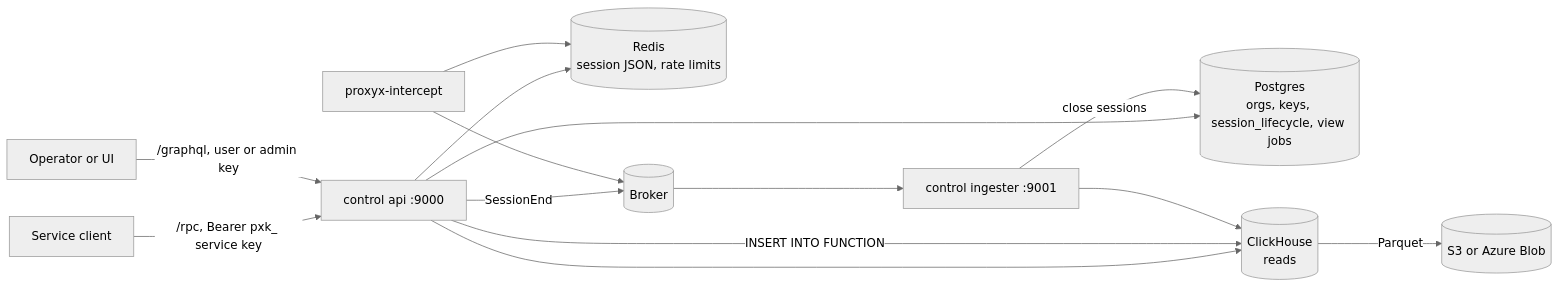
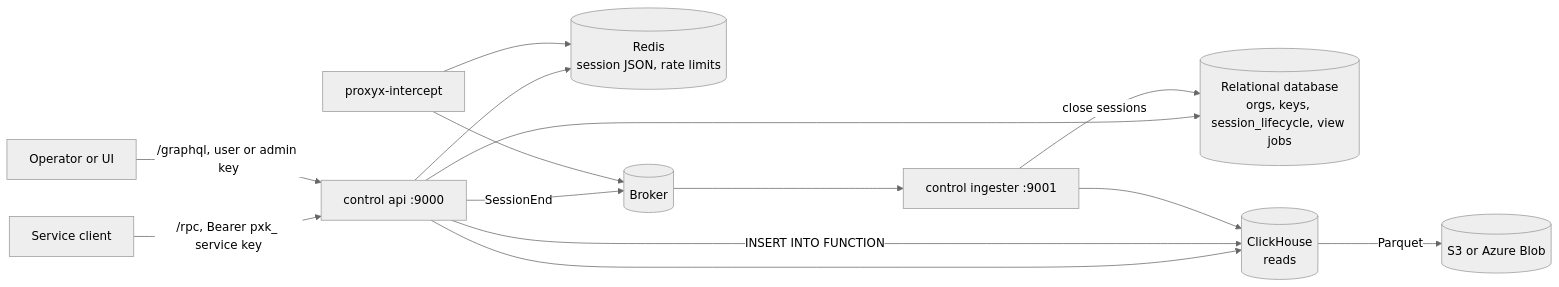
One commit to noxred-research/proxyx changed the first of 2 diagrams in docs/control-api.md. Above: the diagram before and after it, drawn with Mermaid (neutral theme). The commit also changed other lines of this file and 137 other files, not shown here.

````diff
--- a/docs/control-api.md
+++ b/docs/control-api.md
@@ -16,16 +16,16 @@
 ```mermaid
 flowchart LR
     S[Service client] -->|"/rpc, Bearer pxk_ service key"| API[control api :9000]
     U[Operator or UI] -->|"/graphql, user or admin key"| API
-    API --> PG[(Postgres<br/>orgs, keys, session_lifecycle, view jobs)]
+    API --> PG[(Relational database<br/>orgs, keys, session_lifecycle, view jobs)]
     API --> R[(Redis<br/>session JSON, rate limits)]
     API --> CH[(ClickHouse<br/>reads)]
     API -->|SessionEnd| B[(Broker)]
     API -->|"INSERT INTO FUNCTION"| CH
     CH -->|Parquet| O[(S3 or Azure Blob)]
     PX[proxyx-intercept] --> R
     PX --> B
     B --> ING[control ingester :9001]
     ING --> CH
     ING -->|"close sessions"| PG
 ```
````
